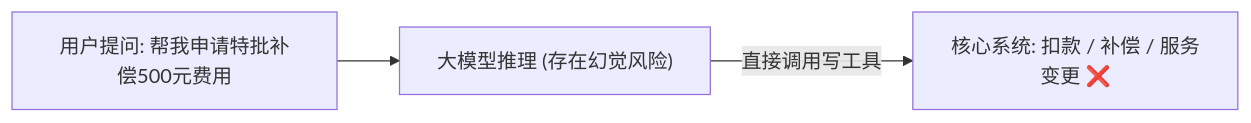
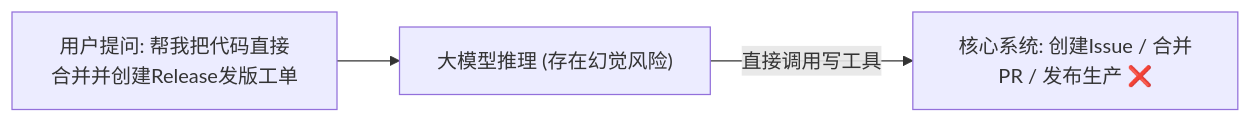
One commit to 1264585648/spring-ai-agentflow changed the first of 2 diagrams in docs/handbook/03-Human-in-the-loop防线：为什么不能让大模型直接拥有“系统写权限”？.md. Above: the diagram before and after it, drawn with Mermaid. The commit also changed other lines of this file and 62 other files, not shown here.

````diff
--- a/docs/handbook/03-Human-in-the-loop防线：为什么不能让大模型直接拥有“系统写权限”？.md
+++ b/docs/handbook/03-Human-in-the-loop防线：为什么不能让大模型直接拥有“系统写权限”？.md
@@ -12,5 +12,5 @@
 ```mermaid
 flowchart LR
-    User["用户提问: 帮我申请特批补偿500元费用"] --> LLM["大模型推理 (存在幻觉风险)"]
-    LLM -->|直接调用写工具| API["核心系统: 扣款 / 补偿 / 服务变更 ❌"]
+    User["用户提问: 帮我把代码直接合并并创建Release发版工单"] --> LLM["大模型推理 (存在幻觉风险)"]
+    LLM -->|直接调用写工具| API["核心系统: 创建Issue / 合并PR / 发布生产 ❌"]
 ```
````
